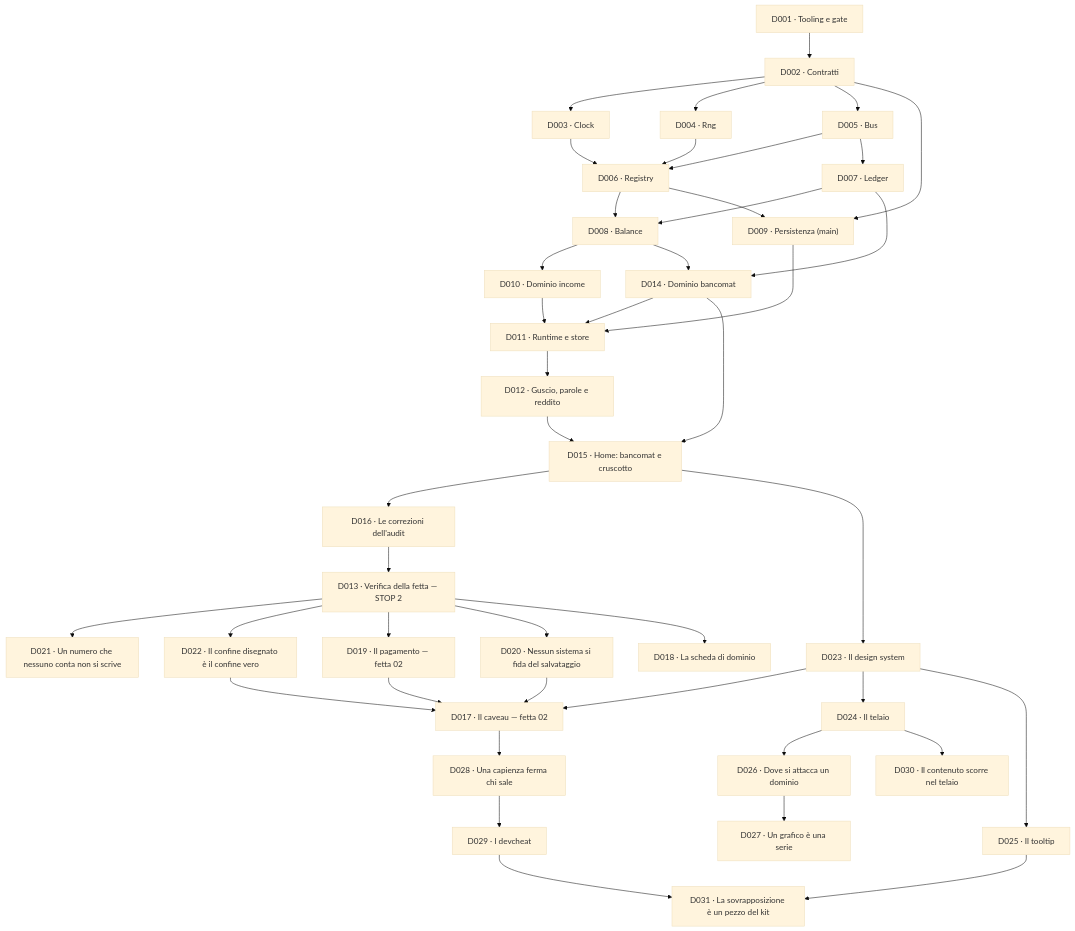
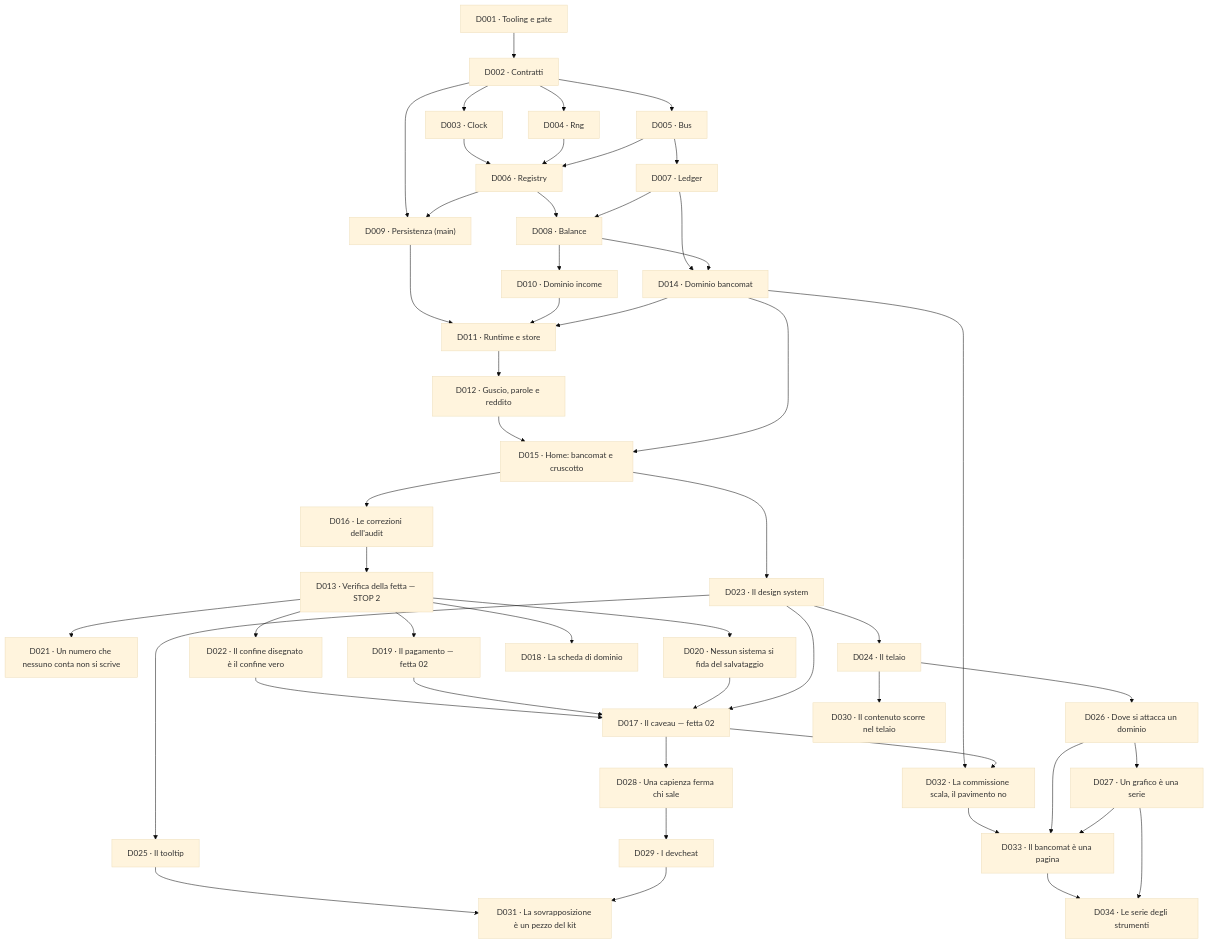
One commit to devfrx/solvent changed the diagram in docs/delega/README.md. Above: the diagram before and after it, drawn with Mermaid (base theme). The commit also changed other lines of this file and 4 other files, not shown here.

First line of the commit message:
docs(D032-D034): il bancomat diventa una pagina, e la commissione impara a scalare

````diff
--- a/docs/delega/README.md
+++ b/docs/delega/README.md
@@ -74,45 +74,52 @@
 ```mermaid
 flowchart TD
   D001["D001 · Tooling e gate"] --> D002["D002 · Contratti"]
   D002 --> D003["D003 · Clock"]
   D002 --> D004["D004 · Rng"]
   D002 --> D005["D005 · Bus"]
   D003 --> D006["D006 · Registry"]
   D004 --> D006
   D005 --> D006
   D005 --> D007["D007 · Ledger"]
   D006 --> D008["D008 · Balance"]
   D007 --> D008
   D002 --> D009["D009 · Persistenza (main)"]
   D006 --> D009
   D008 --> D010["D010 · Dominio income"]
   D007 --> D014["D014 · Dominio bancomat"]
   D008 --> D014
   D009 --> D011["D011 · Runtime e store"]
   D010 --> D011
   D014 --> D011
   D011 --> D012["D012 · Guscio, parole e reddito"]
   D012 --> D015["D015 · Home: bancomat e cruscotto"]
   D014 --> D015
   D015 --> D016["D016 · Le correzioni dell'audit"]
   D016 --> D013["D013 · Verifica della fetta — STOP 2"]
   D013 --> D021["D021 · Un numero che nessuno conta non si scrive"]
   D013 --> D022["D022 · Il confine disegnato è il confine vero"]
   D022 --> D017
   D013 --> D019["D019 · Il pagamento — fetta 02"]
   D013 --> D020["D020 · Nessun sistema si fida del salvataggio"]
   D015 --> D023["D023 · Il design system"]
   D019 --> D017["D017 · Il caveau — fetta 02"]
   D020 --> D017
   D023 --> D017
   D013 --> D018["D018 · La scheda di dominio"]
   D023 --> D024["D024 · Il telaio"]
   D023 --> D025["D025 · Il tooltip"]
   D024 --> D026["D026 · Dove si attacca un dominio"]
   D026 --> D027["D027 · Un grafico è una serie"]
   D017 --> D028["D028 · Una capienza ferma chi sale"]
   D028 --> D029["D029 · I devcheat"]
   D024 --> D030["D030 · Il contenuto scorre nel telaio"]
   D025 --> D031["D031 · La sovrapposizione è un pezzo del kit"]
   D029 --> D031
+  D014 --> D032["D032 · La commissione scala, il pavimento no"]
+  D017 --> D032
+  D032 --> D033["D033 · Il bancomat è una pagina"]
+  D026 --> D033
+  D027 --> D033
+  D033 --> D034["D034 · Le serie degli strumenti"]
+  D027 --> D034
 ```
````
